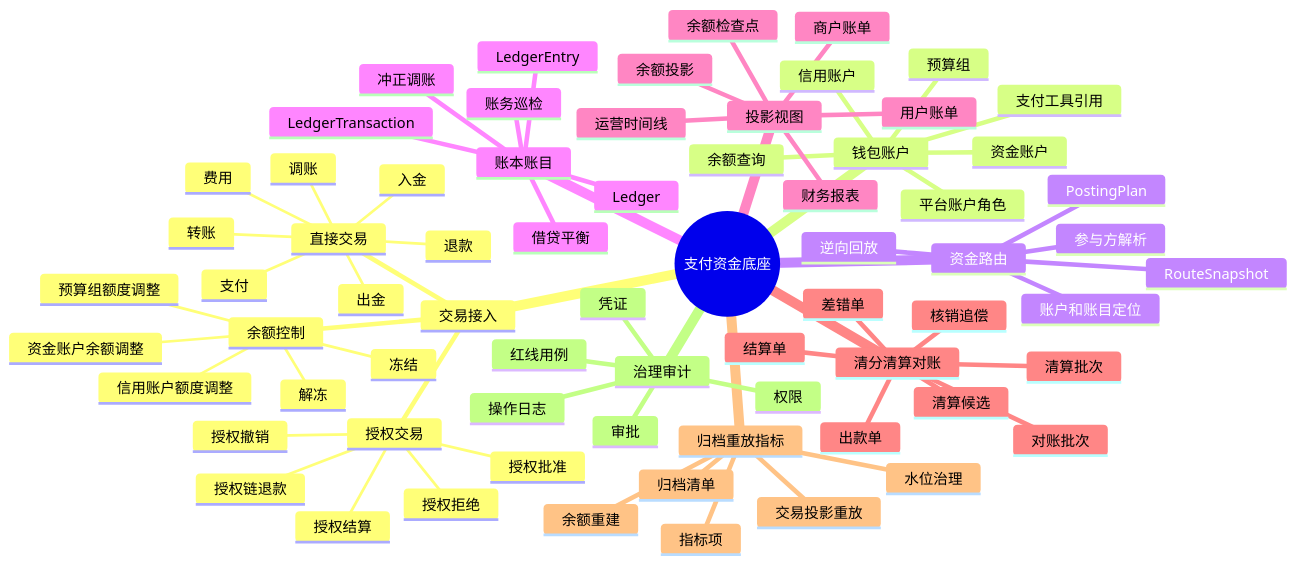
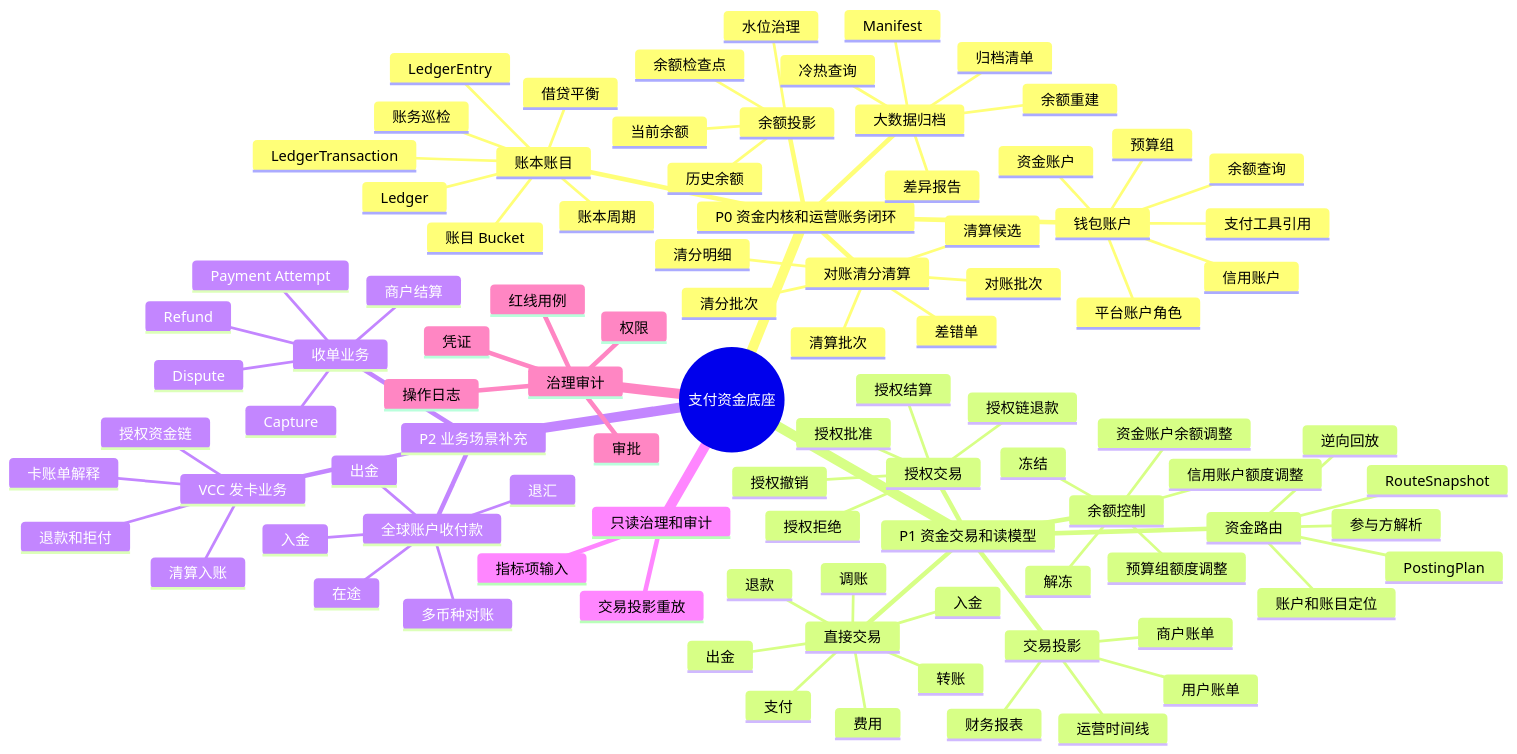
One commit to fengwuxp/wind-funds changed the third of 9 diagrams in docs/产品设计/01-PRD总览.md. Above: the diagram before and after it, drawn with Mermaid. The commit also changed other lines of this file and 30 other files, not shown here.

````diff
--- a/docs/产品设计/01-PRD总览.md
+++ b/docs/产品设计/01-PRD总览.md
@@ -212,7 +241,41 @@
 ```mermaid
 mindmap
   root((支付资金底座))
-    交易接入
+    P0 资金内核和运营账务闭环
+      钱包账户
+        资金账户
+        信用账户
+        预算组
+        平台账户角色
+        支付工具引用
+        余额查询
+      账本账目
+        Ledger
+        LedgerTransaction
+        LedgerEntry
+        账目 Bucket
+        账本周期
+        借贷平衡
+        账务巡检
+      余额投影
+        当前余额
+        历史余额
+        余额检查点
+        水位治理
+      对账清分清算
+        对账批次
+        差错单
+        清分明细
+        清分批次
+        清算候选
+        清算批次
+      大数据归档
+        归档清单
+        Manifest
+        冷热查询
+        余额重建
+        差异报告
+    P1 资金交易和读模型
       直接交易
         入金
         出金
@@ -233,47 +296,38 @@
         资金账户余额调整
         信用账户额度调整
         预算组额度调整
-    钱包账户
-      资金账户
-      信用账户
-      预算组
-      平台账户角色
-      支付工具引用
-      余额查询
-    资金路由
-      参与方解析
-      账户和账目定位
-      RouteSnapshot
-      PostingPlan
-      逆向回放
-    账本账目
-      Ledger
-      LedgerTransaction
-      LedgerEntry
-      借贷平衡
-      冲正调账
-      账务巡检
-    投影视图
-      余额投影
-      余额检查点
-      用户账单
-      商户账单
-      运营时间线
-      财务报表
-    清分清算对账
-      清算候选
-      清算批次
-      结算单
-      出款单
-      对账批次
-      差错单
-      核销追偿
-    归档重放指标
-      归档清单
-      水位治理
-      余额重建
+      资金路由
+        参与方解析
+        账户和账目定位
+        RouteSnapshot
+        PostingPlan
+        逆向回放
+      交易投影
+        用户账单
+        商户账单
+        运营时间线
+        财务报表
+    P2 业务场景补充
+      VCC 发卡业务
+        授权资金链
+        清算入账
+        退款和拒付
+        卡账单解释
+      全球账户收付款
+        入金
+        出金
+        在途
+        退汇
+        多币种对账
+      收单业务
+        Payment Attempt
+        Capture
+        Refund
+        Dispute
+        商户结算
+    只读治理和审计
       交易投影重放
-      指标项
+      指标项输入
     治理审计
       权限
       审批
````
